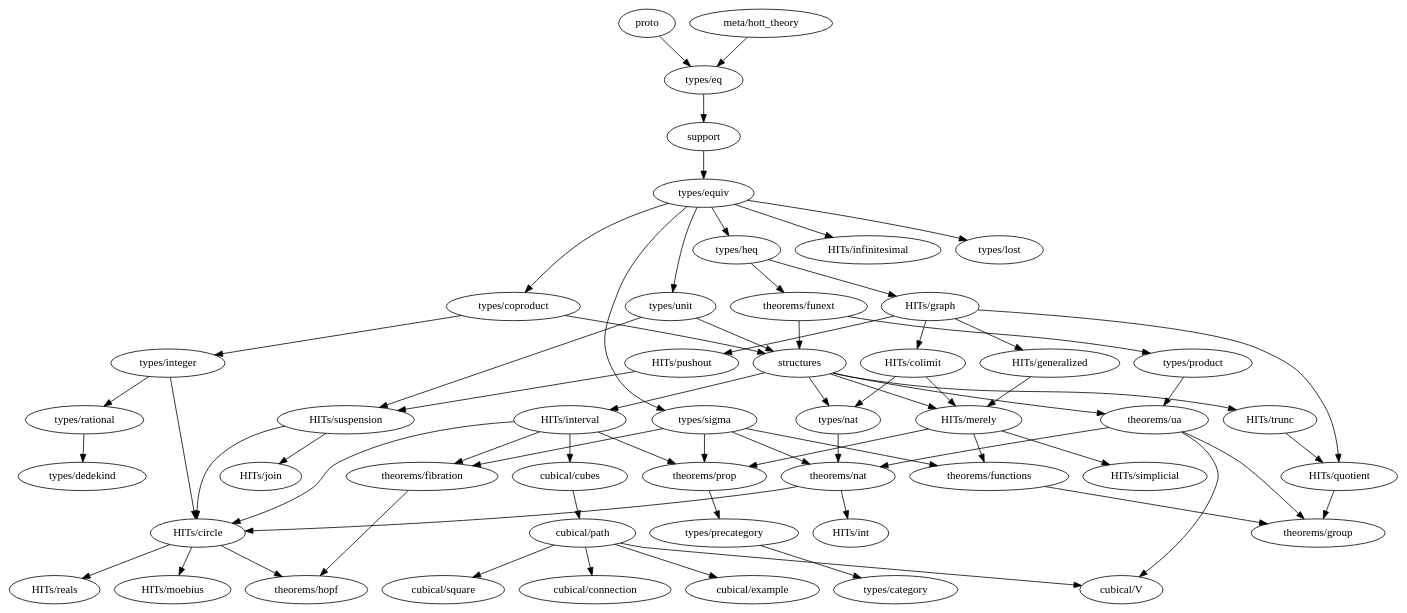
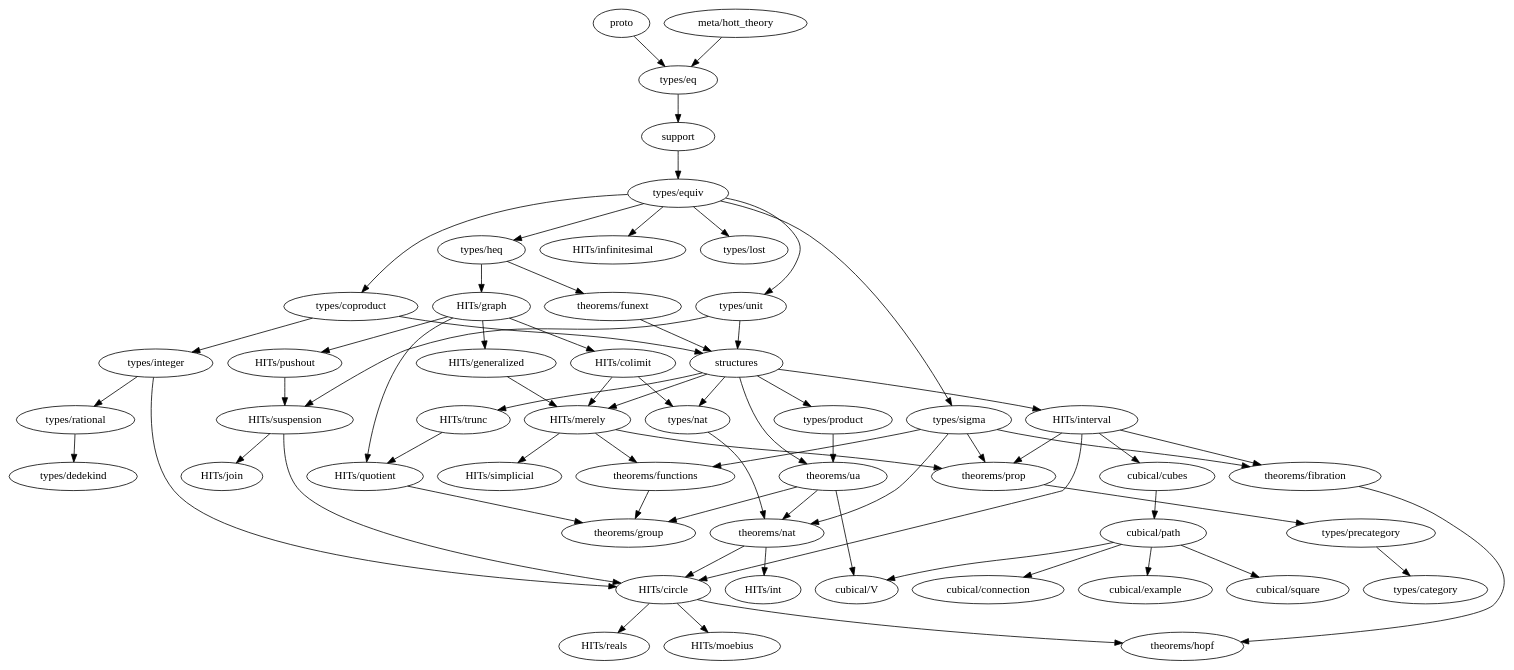
The diagram in dependency_map.gv (forked-from-1kasper/ground_zero), drawn with Graphviz before and after one commit. The commit also changed 11 other files, not shown here.

```diff
--- a/dependency_map.gv
+++ b/dependency_map.gv
@@ -1,103 +1,104 @@
 digraph dependency_map {
   proto -> "types/eq"
   "meta/hott_theory" -> "types/eq"
   support -> "types/equiv"
   structures -> {
     "theorems/ua",
     "HITs/interval",
     "HITs/merely",
     "HITs/trunc",
+    "types/product",
     "types/nat"
   }
 
   subgraph types {
     "types/category"
     "types/coproduct" -> { "types/integer", structures }
     "types/dedekind"
     "types/eq" -> { support }
     "types/equiv" -> {
       "types/heq",
       "HITs/infinitesimal",
       "types/coproduct",
       "types/lost",
       "types/unit",
       "types/sigma"
     }
     "types/heq" -> {
       "HITs/graph", "theorems/funext"
     }
     "types/integer" -> {
       "HITs/circle",
       "types/rational"
     }
     "types/lost"
     "types/nat" -> { "theorems/nat" }
     "types/precategory" -> { "types/category" }
     "types/product" -> { "theorems/ua" }
     "types/rational" -> { "types/dedekind" }
     "types/sigma" -> {
       "theorems/fibration", "theorems/prop",
       "theorems/nat", "theorems/functions"
     }
     "types/unit" -> { structures, "HITs/suspension" }
   }
 
   subgraph HITs {
     "HITs/circle" -> { "theorems/hopf", "HITs/moebius", "HITs/reals" }
     "HITs/colimit" -> { "HITs/merely", "types/nat" }
     "HITs/generalized" -> "HITs/merely"
     "HITs/graph" -> {
       "HITs/colimit",
       "HITs/generalized",
       "HITs/pushout",
       "HITs/quotient"
     }
     "HITs/infinitesimal"
     "HITs/interval" -> {
       "cubical/cubes"
       "HITs/circle",
       "theorems/prop",
       "theorems/fibration"
     }
     "HITs/join"
     "HITs/merely" -> {
       "theorems/prop",
       "HITs/simplicial",
       "theorems/functions"
     }
     "HITs/moebius"
     "HITs/pushout" -> {
       "HITs/suspension"
     }
     "HITs/quotient" -> { "theorems/group" }
     "HITs/reals"
     "HITs/simplicial"
     "HITs/suspension" -> { "HITs/circle", "HITs/join" }
     "HITs/trunc" -> { "HITs/quotient" }
   }
 
   subgraph cubical {
     "cubical/connection"
     "cubical/cubes" -> "cubical/path"
     "cubical/example"
     "cubical/path" -> {
       "cubical/square",
       "cubical/example",
       "cubical/V",
       "cubical/connection"
     }
     "cubical/square"
     "cubical/V"
   }
 
   subgraph theorems {
     "theorems/fibration" -> { "theorems/hopf" }
     "theorems/functions" -> { "theorems/group" }
-    "theorems/funext" -> { structures, "types/product" }
+    "theorems/funext" -> { structures }
     "theorems/group"
     "theorems/hopf"
     "theorems/nat" -> { "HITs/circle", "HITs/int" }
     "theorems/prop" -> { "types/precategory" }
     "theorems/ua" -> { "theorems/group", "theorems/nat", "cubical/V" }
   }
 }
```
